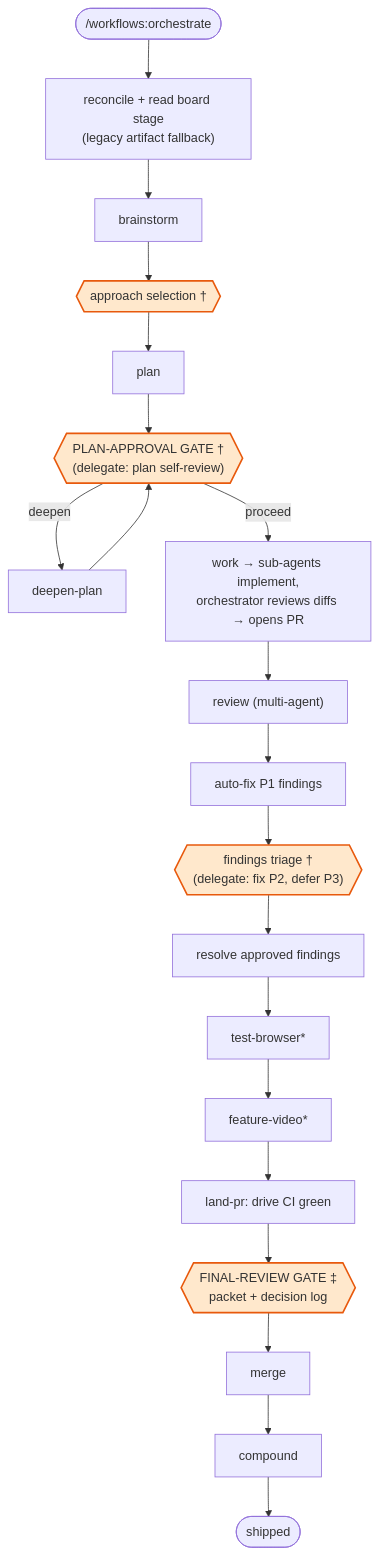
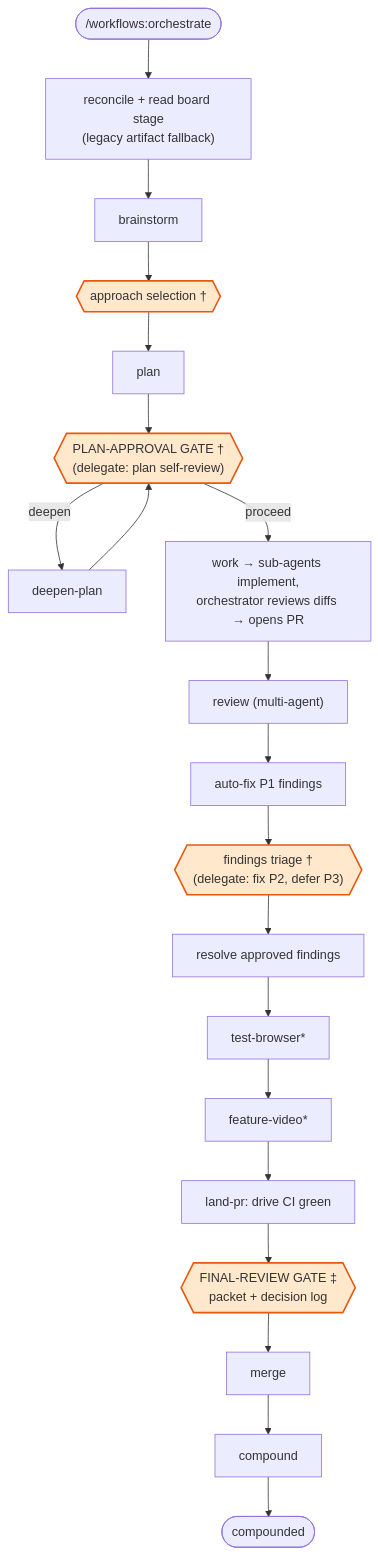
One commit to Life-With-Data/agentic-engineering changed the third of 11 diagrams in plugins/agentic-engineering/FLOWS.md. Above: the diagram before and after it, drawn with Mermaid. The commit also changed other lines of this file and 22 other files, not shown here.

````diff
--- a/plugins/agentic-engineering/FLOWS.md
+++ b/plugins/agentic-engineering/FLOWS.md
@@ -114,25 +117,25 @@
 ```mermaid
 flowchart TD
     start(["/workflows:orchestrate"]) --> detect["reconcile + read board stage<br/>(legacy artifact fallback)"]
     detect --> B["brainstorm"]
     B --> g1{{"approach selection †"}}
     g1 --> P["plan"]
     P --> gate{{"PLAN-APPROVAL GATE †<br/>(delegate: plan self-review)"}}
     gate -->|deepen| DP["deepen-plan"]
     DP --> gate
     gate -->|proceed| W["work → sub-agents implement,<br/>orchestrator reviews diffs → opens PR"]
     W --> R["review (multi-agent)"]
     R --> p1["auto-fix P1 findings"]
     p1 --> g2{{"findings triage †<br/>(delegate: fix P2, defer P3)"}}
     g2 --> resolve["resolve approved findings"]
     resolve --> TB["test-browser*"]
     TB --> FV["feature-video*"]
     FV --> L["land-pr: drive CI green"]
     L --> g3{{"FINAL-REVIEW GATE ‡<br/>packet + decision log"}}
     g3 --> M["merge"]
     M --> C["compound"]
-    C --> done([shipped])
+    C --> done([compounded])
 
     classDef gate fill:#ffe8cc,stroke:#e8590c,stroke-width:2px;
     class g1,gate,g2,g3 gate
 ```
````
